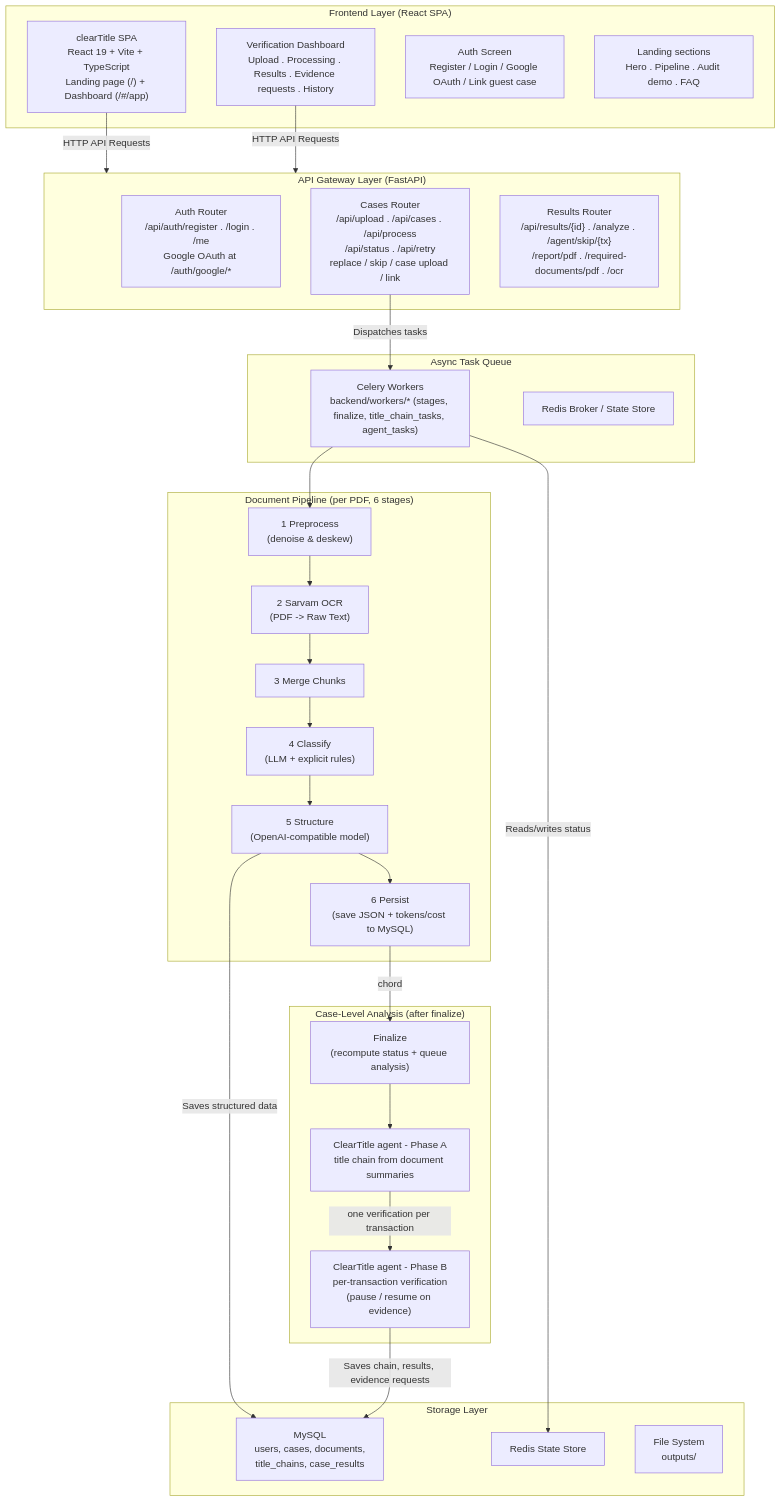
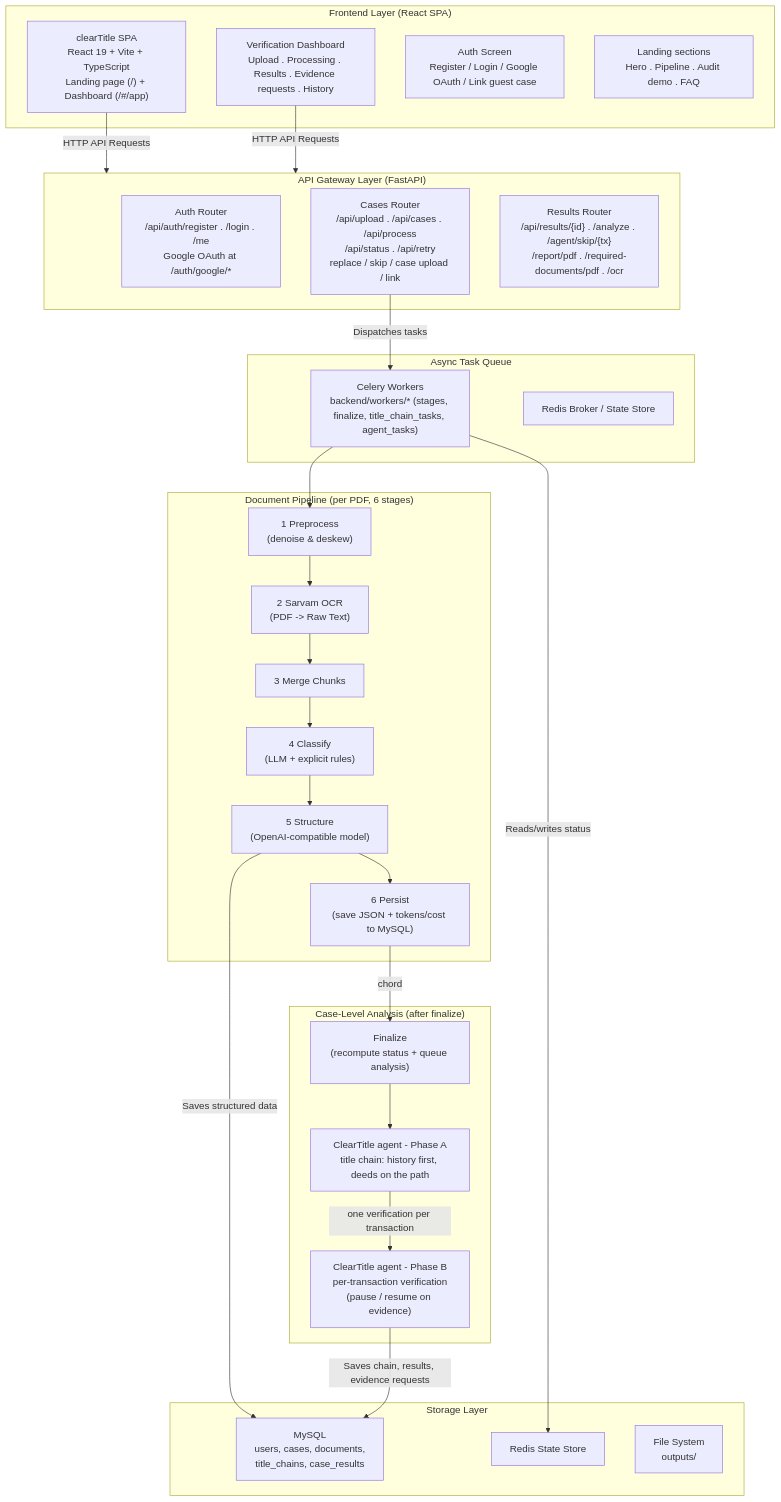
Before and after one commit to MyMane24/clearTitle: the diagram in README.md, drawn with Mermaid. The commit also changed other lines of this file and 1 other file, not shown here.

First line of the commit message:
docs: describe the history-first title-chain phase

````diff
--- a/README.md
+++ b/README.md
@@ -20,52 +20,52 @@
 ```mermaid
 flowchart TD
     subgraph Frontend["Frontend Layer (React SPA)"]
         UI["clearTitle SPA\nReact 19 + Vite + TypeScript\nLanding page (/) + Dashboard (/#/app)"]
         DASH["Verification Dashboard\nUpload . Processing . Results . Evidence requests . History"]
         AUTH["Auth Screen\nRegister / Login / Google OAuth / Link guest case"]
         HOME["Landing sections\nHero . Pipeline . Audit demo . FAQ"]
     end
 
     subgraph API["API Gateway Layer (FastAPI)"]
         R_AUTH["Auth Router\n/api/auth/register . /login . /me\nGoogle OAuth at /auth/google/*"]
         R_CASES["Cases Router\n/api/upload . /api/cases . /api/process\n/api/status . /api/retry\nreplace / skip / case upload / link"]
         R_RESULTS["Results Router\n/api/results/{id} . /analyze . /agent/skip/{tx}\n/report/pdf . /required-documents/pdf . /ocr"]
     end
 
     subgraph Orchestration["Async Task Queue"]
         CELERY["Celery Workers\nbackend/workers/* (stages, finalize, title_chain_tasks, agent_tasks)"]
         REDIS_BROKER["Redis Broker / State Store"]
     end
 
     subgraph Pipeline["Document Pipeline (per PDF, 6 stages)"]
         PREPROC["1 Preprocess\n(denoise & deskew)"]
         OCR["2 Sarvam OCR\n(PDF -> Raw Text)"]
         MERGE["3 Merge Chunks"]
         CLASSIFY["4 Classify\n(LLM + explicit rules)"]
         STRUCTURE["5 Structure\n(OpenAI-compatible model)"]
         PERSIST["6 Persist\n(save JSON + tokens/cost to MySQL)"]
     end
 
     subgraph Analysis["Case-Level Analysis (after finalize)"]
         FINALIZE["Finalize\n(recompute status + queue analysis)"]
-        PHASE_A["ClearTitle agent - Phase A\ntitle chain from document summaries"]
+        PHASE_A["ClearTitle agent - Phase A\ntitle chain: history first, deeds on the path"]
         PHASE_B["ClearTitle agent - Phase B\nper-transaction verification\n(pause / resume on evidence)"]
     end
 
     subgraph Storage["Storage Layer"]
         MYSQL["MySQL\nusers, cases, documents,\ntitle_chains, case_results"]
         REDIS["Redis State Store"]
         FS["File System\noutputs/"]
     end
 
     UI -->|"HTTP API Requests"| API
     DASH -->|"HTTP API Requests"| API
     R_CASES -->|"Dispatches tasks"| CELERY
     CELERY -->|"Reads/writes status"| REDIS
     CELERY --> PREPROC --> OCR --> MERGE --> CLASSIFY --> STRUCTURE --> PERSIST
     PERSIST -->|"chord"| FINALIZE
     FINALIZE --> PHASE_A
     PHASE_A -->|"one verification per transaction"| PHASE_B
     STRUCTURE -->|"Saves structured data"| MYSQL
     PHASE_B -->|"Saves chain, results, evidence requests"| MYSQL
 ```
````
